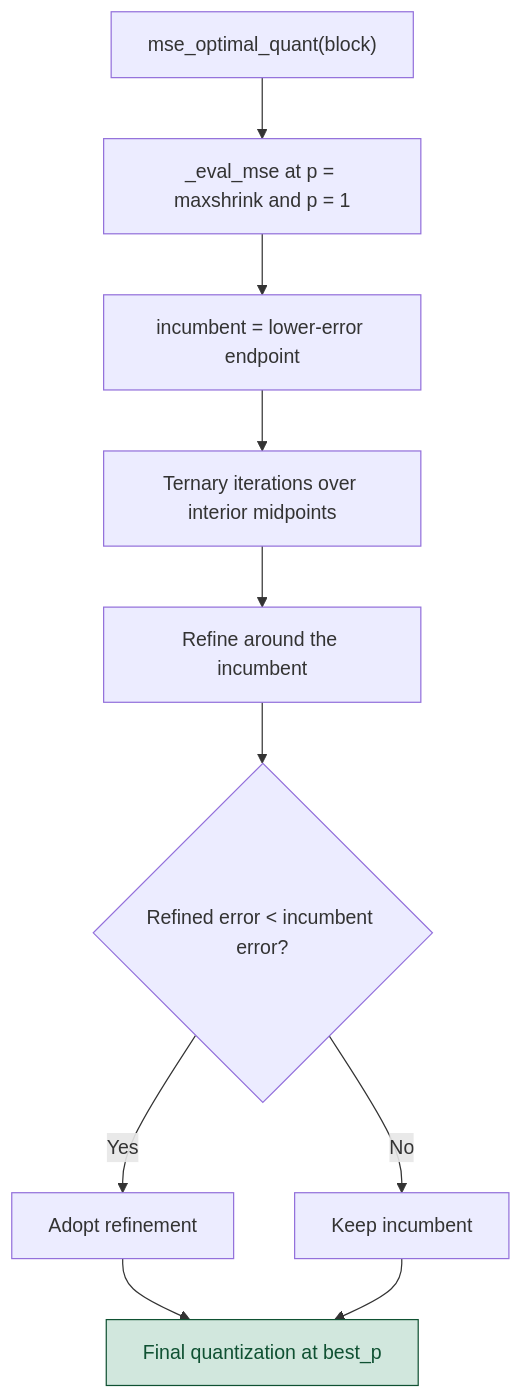
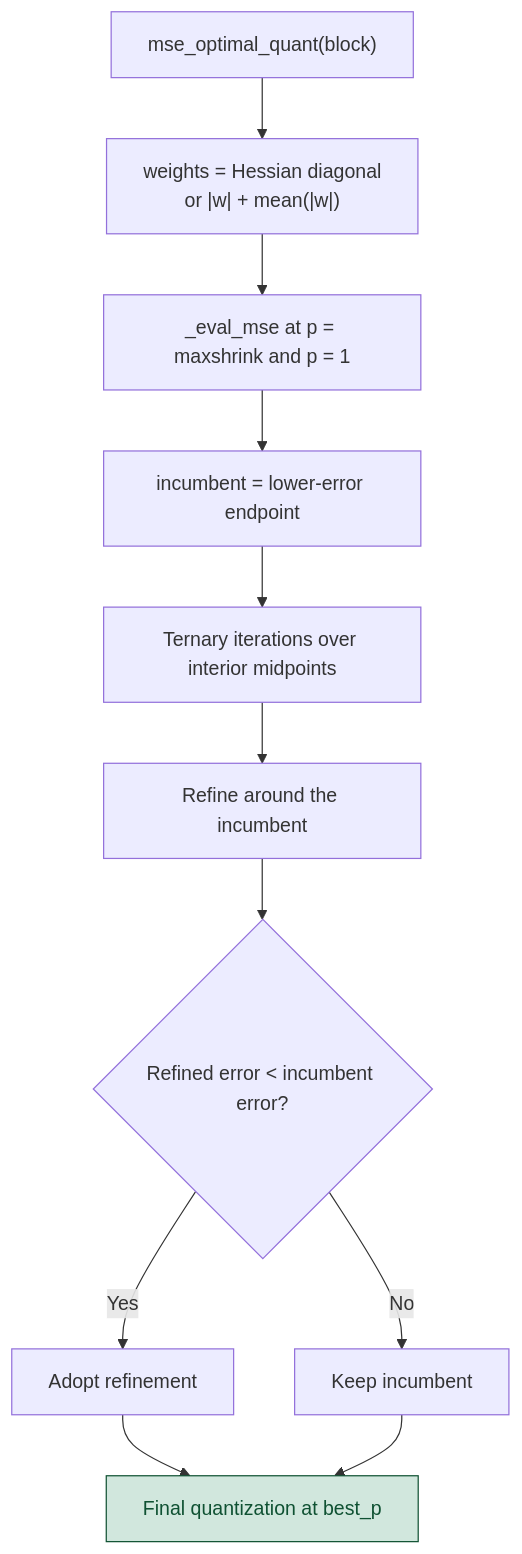
Before and after one commit to ModelCloud/GPTQModel: the fourth of 5 diagrams in docs/quantization-scale-storage.md, drawn with Mermaid. The commit also changed other lines of this file and 8 other files, not shown here.

````diff
--- a/docs/quantization-scale-storage.md
+++ b/docs/quantization-scale-storage.md
@@ -113,13 +137,14 @@
 ```mermaid
 flowchart TD
-    S["mse_optimal_quant(block)"] --> B["_eval_mse at p = maxshrink and p = 1"]
+    S["mse_optimal_quant(block)"] --> W["weights = Hessian diagonal<br/>or |w| + mean(|w|)"]
+    W --> B["_eval_mse at p = maxshrink and p = 1"]
     B --> I["incumbent = lower-error endpoint"]
     I --> T["Ternary iterations over interior midpoints"]
     T --> R["Refine around the incumbent"]
     R --> C{"Refined error < incumbent error?"}
     C -- Yes --> N["Adopt refinement"]
     C -- No --> K["Keep incumbent"]
     N --> O["Final quantization at best_p"]
     K --> O
     style O fill:#d1e7dd,stroke:#0f5132,color:#0f5132
 ```
````
